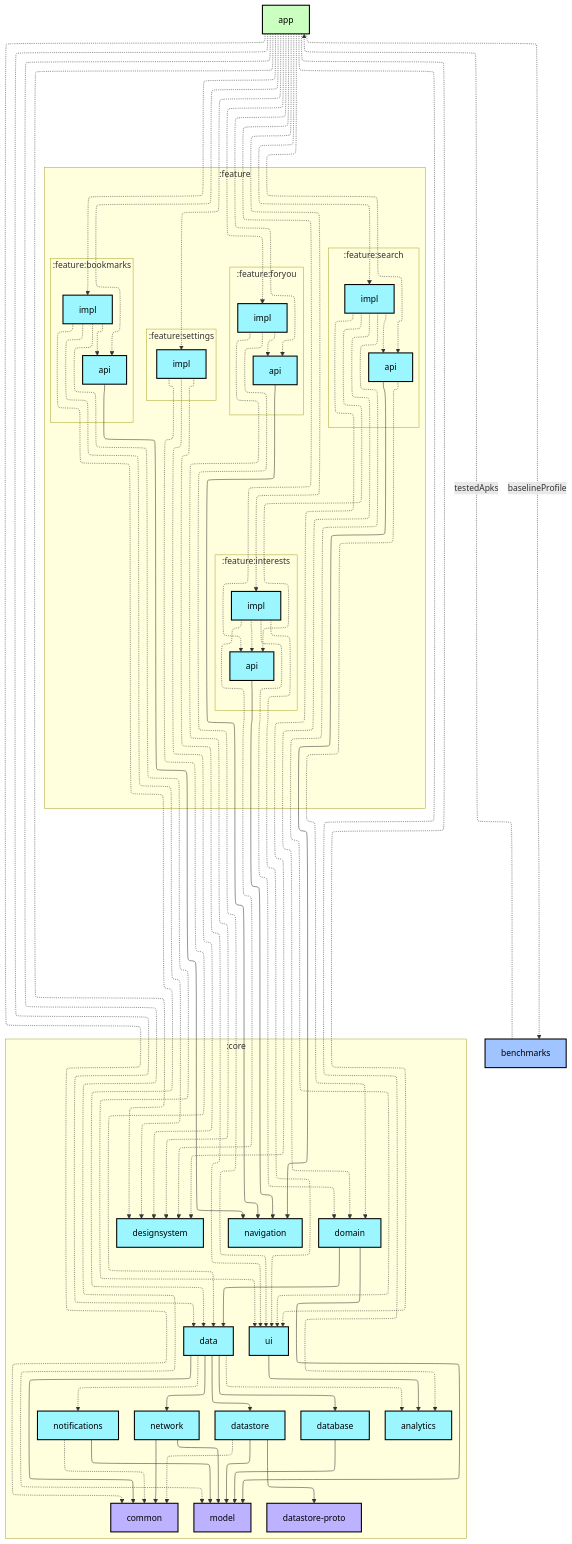
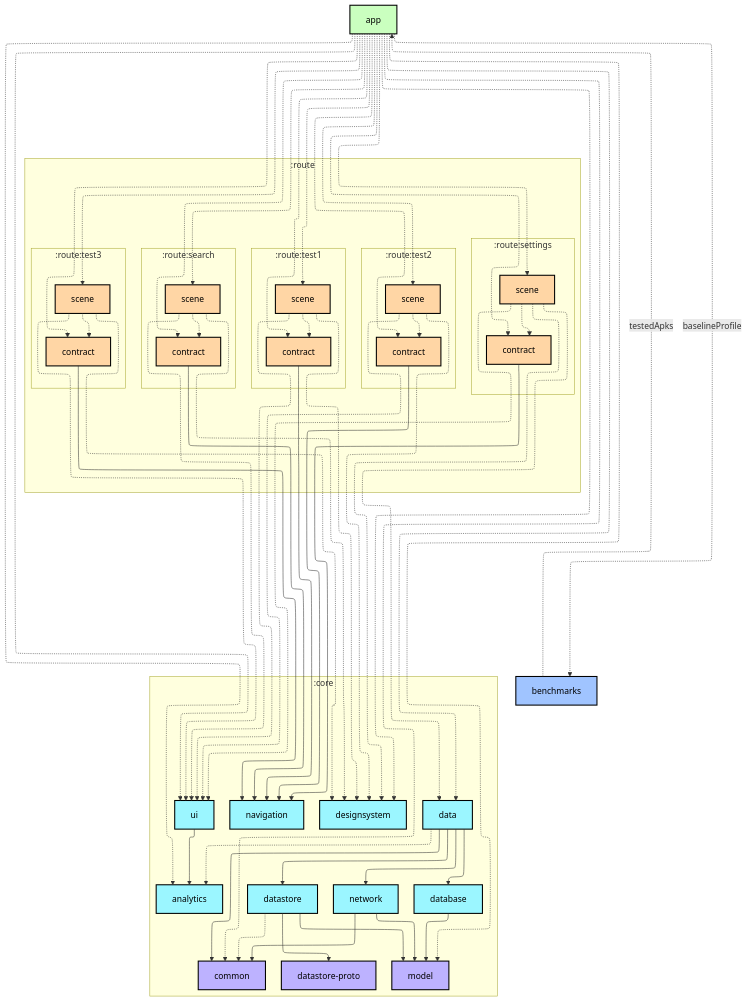
The first of 2 diagrams in app/README.md (weiyuhl/nowinandroidtest), drawn with Mermaid before and after one commit. The commit also changed other lines of this file and 207 other files, not shown here.

```diff
--- a/app/README.md
+++ b/app/README.md
@@ -11,31 +10,32 @@
     nodePlacementStrategy: SIMPLE
 ---
 graph TB
-  subgraph :feature
+  subgraph :route
     direction TB
-    subgraph :feature:settings
+    subgraph :route:test1
       direction TB
-      :feature:settings:impl[impl]:::android-library
+      :route:test1:contract[contract]:::android-route
+      :route:test1:scene[scene]:::android-route
     end
-    subgraph :feature:foryou
+    subgraph :route:test2
       direction TB
-      :feature:foryou:api[api]:::android-library
-      :feature:foryou:impl[impl]:::android-library
+      :route:test2:contract[contract]:::android-route
+      :route:test2:scene[scene]:::android-route
     end
-    subgraph :feature:bookmarks
+    subgraph :route:test3
       direction TB
-      :feature:bookmarks:api[api]:::android-library
-      :feature:bookmarks:impl[impl]:::android-library
+      :route:test3:contract[contract]:::android-route
+      :route:test3:scene[scene]:::android-route
     end
-    subgraph :feature:search
+    subgraph :route:search
       direction TB
-      :feature:search:api[api]:::android-library
-      :feature:search:impl[impl]:::android-library
+      :route:search:contract[contract]:::android-route
+      :route:search:scene[scene]:::android-route
     end
-    subgraph :feature:interests
+    subgraph :route:settings
       direction TB
-      :feature:interests:api[api]:::android-library
-      :feature:interests:impl[impl]:::android-library
+      :route:settings:contract[contract]:::android-route
+      :route:settings:scene[scene]:::android-route
     end
   end
   subgraph :core
@@ -47,11 +47,9 @@
     :core:datastore[datastore]:::android-library
     :core:datastore-proto[datastore-proto]:::jvm-library
     :core:designsystem[designsystem]:::android-library
-    :core:domain[domain]:::android-library
     :core:model[model]:::jvm-library
     :core:navigation[navigation]:::android-library
     :core:network[network]:::android-library
-    :core:notifications[notifications]:::android-library
     :core:ui[ui]:::android-library
   end
   :benchmarks[benchmarks]:::android-test
@@ -64,59 +62,53 @@
   :app -.-> :core:designsystem
   :app -.-> :core:model
   :app -.-> :core:ui
-  :app -.-> :feature:bookmarks:api
-  :app -.-> :feature:bookmarks:impl
-  :app -.-> :feature:foryou:api
-  :app -.-> :feature:foryou:impl
-  :app -.-> :feature:interests:api
-  :app -.-> :feature:interests:impl
-  :app -.-> :feature:search:api
-  :app -.-> :feature:search:impl
-  :app -.-> :feature:settings:impl
+  :app -.-> :route:search:contract
+  :app -.-> :route:search:scene
+  :app -.-> :route:settings:contract
+  :app -.-> :route:settings:scene
+  :app -.-> :route:test1:contract
+  :app -.-> :route:test1:scene
+  :app -.-> :route:test2:contract
+  :app -.-> :route:test2:scene
+  :app -.-> :route:test3:contract
+  :app -.-> :route:test3:scene
   :benchmarks -.->|testedApks| :app
   :core:data -.-> :core:analytics
   :core:data --> :core:common
   :core:data --> :core:database
   :core:data --> :core:datastore
   :core:data --> :core:network
-  :core:data -.-> :core:notifications
   :core:database --> :core:model
   :core:datastore -.-> :core:common
   :core:datastore --> :core:datastore-proto
   :core:datastore --> :core:model
-  :core:domain --> :core:data
-  :core:domain --> :core:model
   :core:network --> :core:common
   :core:network --> :core:model
-  :core:notifications -.-> :core:common
-  :core:notifications --> :core:model
   :core:ui --> :core:analytics
-  :feature:bookmarks:api --> :core:navigation
-  :feature:bookmarks:impl -.-> :core:data
-  :feature:bookmarks:impl -.-> :core:designsystem
-  :feature:bookmarks:impl -.-> :core:ui
-  :feature:bookmarks:impl -.-> :feature:bookmarks:api
-  :feature:foryou:api --> :core:navigation
-  :feature:foryou:impl -.-> :core:designsystem
-  :feature:foryou:impl -.-> :core:ui
-  :feature:foryou:impl -.-> :feature:foryou:api
-  :feature:interests:api --> :core:navigation
-  :feature:interests:impl -.-> :core:designsystem
-  :feature:interests:impl -.-> :core:domain
-  :feature:interests:impl -.-> :core:ui
-  :feature:interests:impl -.-> :feature:interests:api
-  :feature:search:api -.-> :core:domain
-  :feature:search:api --> :core:navigation
-  :feature:search:impl -.-> :core:designsystem
-  :feature:search:impl -.-> :core:domain
-  :feature:search:impl -.-> :core:ui
-  :feature:search:impl -.-> :feature:interests:api
-  :feature:search:impl -.-> :feature:search:api
-  :feature:settings:impl -.-> :core:data
-  :feature:settings:impl -.-> :core:designsystem
-  :feature:settings:impl -.-> :core:ui
+  :route:search:contract --> :core:navigation
+  :route:search:scene -.-> :core:designsystem
+  :route:search:scene -.-> :core:ui
+  :route:search:scene -.-> :route:search:contract
+  :route:settings:contract --> :core:navigation
+  :route:settings:scene -.-> :core:data
+  :route:settings:scene -.-> :core:designsystem
+  :route:settings:scene -.-> :core:ui
+  :route:settings:scene -.-> :route:settings:contract
+  :route:test1:contract --> :core:navigation
+  :route:test1:scene -.-> :core:designsystem
+  :route:test1:scene -.-> :core:ui
+  :route:test1:scene -.-> :route:test1:contract
+  :route:test2:contract --> :core:navigation
+  :route:test2:scene -.-> :core:designsystem
+  :route:test2:scene -.-> :core:ui
+  :route:test2:scene -.-> :route:test2:contract
+  :route:test3:contract --> :core:navigation
+  :route:test3:scene -.-> :core:designsystem
+  :route:test3:scene -.-> :core:ui
+  :route:test3:scene -.-> :route:test3:contract
+
 classDef android-application fill:#CAFFBF,stroke:#000,stroke-width:2px,color:#000;
-classDef android-feature fill:#FFD6A5,stroke:#000,stroke-width:2px,color:#000;
+classDef android-route fill:#FFD6A5,stroke:#000,stroke-width:2px,color:#000;
 classDef android-library fill:#9BF6FF,stroke:#000,stroke-width:2px,color:#000;
 classDef android-test fill:#A0C4FF,stroke:#000,stroke-width:2px,color:#000;
 classDef jvm-library fill:#BDB2FF,stroke:#000,stroke-width:2px,color:#000;
```
